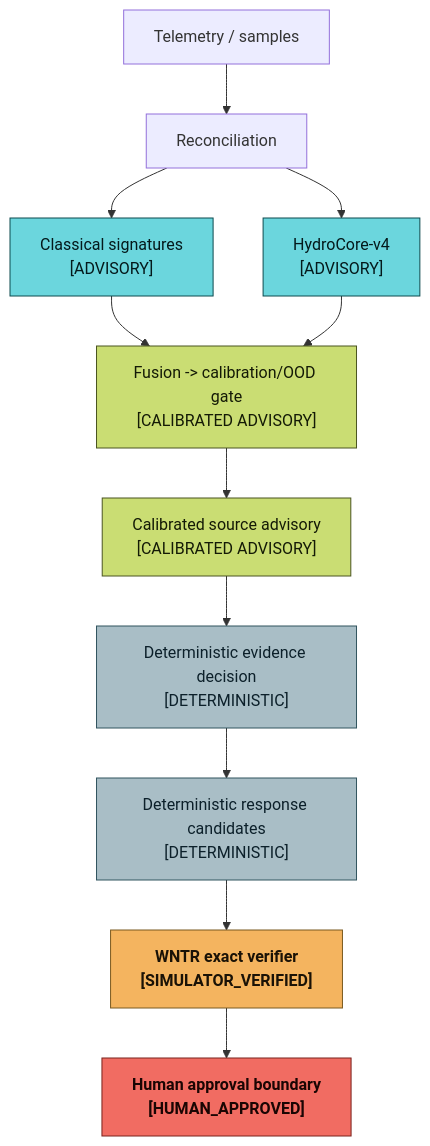
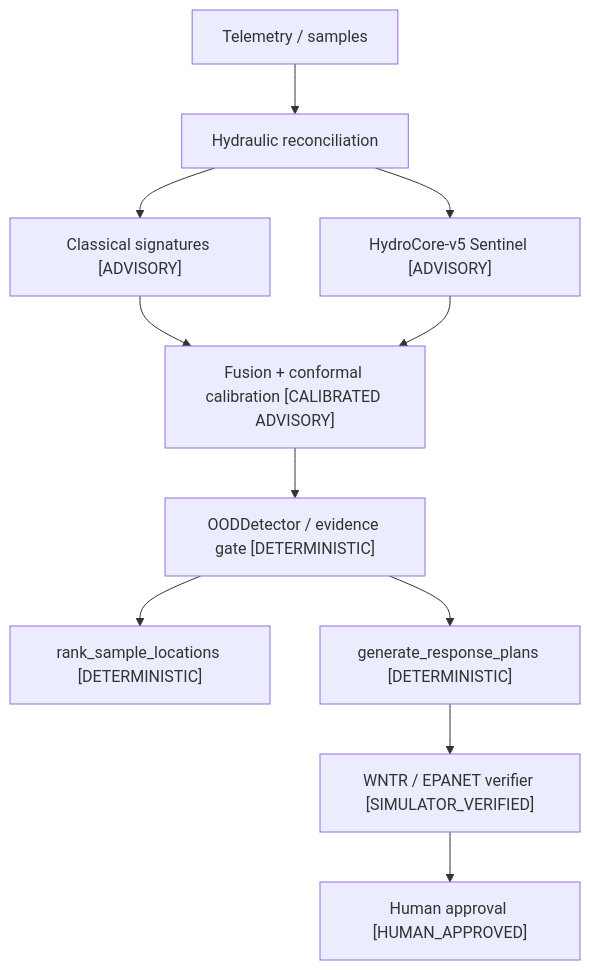
The diagram in docs/FINAL_SYSTEM.md (insightlabs38-pixel/HydroSwarm), drawn with Mermaid before and after one commit. The commit also changed other lines of this file and 5 other files, not shown here.

````diff
--- a/docs/FINAL_SYSTEM.md
+++ b/docs/FINAL_SYSTEM.md
@@ -23,24 +60,13 @@
 ```mermaid
 flowchart TD
-  T["Telemetry / samples"] --> R["Reconciliation"]
-  R --> CS["Classical signatures\n[ADVISORY]"]
-  R --> HC["HydroCore-v4\n[ADVISORY]"]
-  CS --> FU["Fusion -> calibration/OOD gate\n[CALIBRATED ADVISORY]"]
-  HC --> FU
-  FU --> SA["Calibrated source advisory\n[CALIBRATED ADVISORY]"]
-  SA --> ED["Deterministic evidence decision\n[DETERMINISTIC]"]
-  ED --> RC["Deterministic response candidates\n[DETERMINISTIC]"]
-  RC --> WV["WNTR exact verifier\n[SIMULATOR_VERIFIED]"]
-  WV --> HA["Human approval boundary\n[HUMAN_APPROVED]"]
-
-  classDef advisory fill:#6bd6dd,stroke:#0d4a4e,color:#04191b;
-  classDef calibrated fill:#cadd73,stroke:#4a5420,color:#141a06;
-  classDef deterministic fill:#a9bec6,stroke:#31545f,color:#0c202a;
-  classDef verified fill:#f4b45f,stroke:#7a5a20,color:#1a1206,font-weight:bold;
-  classDef approved fill:#f16c62,stroke:#7a221c,color:#1a0503,font-weight:bold;
-  class CS,HC advisory;
-  class FU,SA calibrated;
-  class ED,RC deterministic;
-  class WV verified;
-  class HA approved;
+  O["Telemetry / samples"] --> R["Hydraulic reconciliation"]
+  R --> C["Classical signatures [ADVISORY]"]
+  R --> S["HydroCore-v5 Sentinel [ADVISORY]"]
+  C --> F["Fusion + conformal calibration [CALIBRATED ADVISORY]"]
+  S --> F
+  F --> D["OODDetector / evidence gate [DETERMINISTIC]"]
+  D --> Q["rank_sample_locations [DETERMINISTIC]"]
+  D --> P["generate_response_plans [DETERMINISTIC]"]
+  P --> V["WNTR / EPANET verifier [SIMULATOR_VERIFIED]"]
+  V --> H["Human approval [HUMAN_APPROVED]"]
 ```
````
